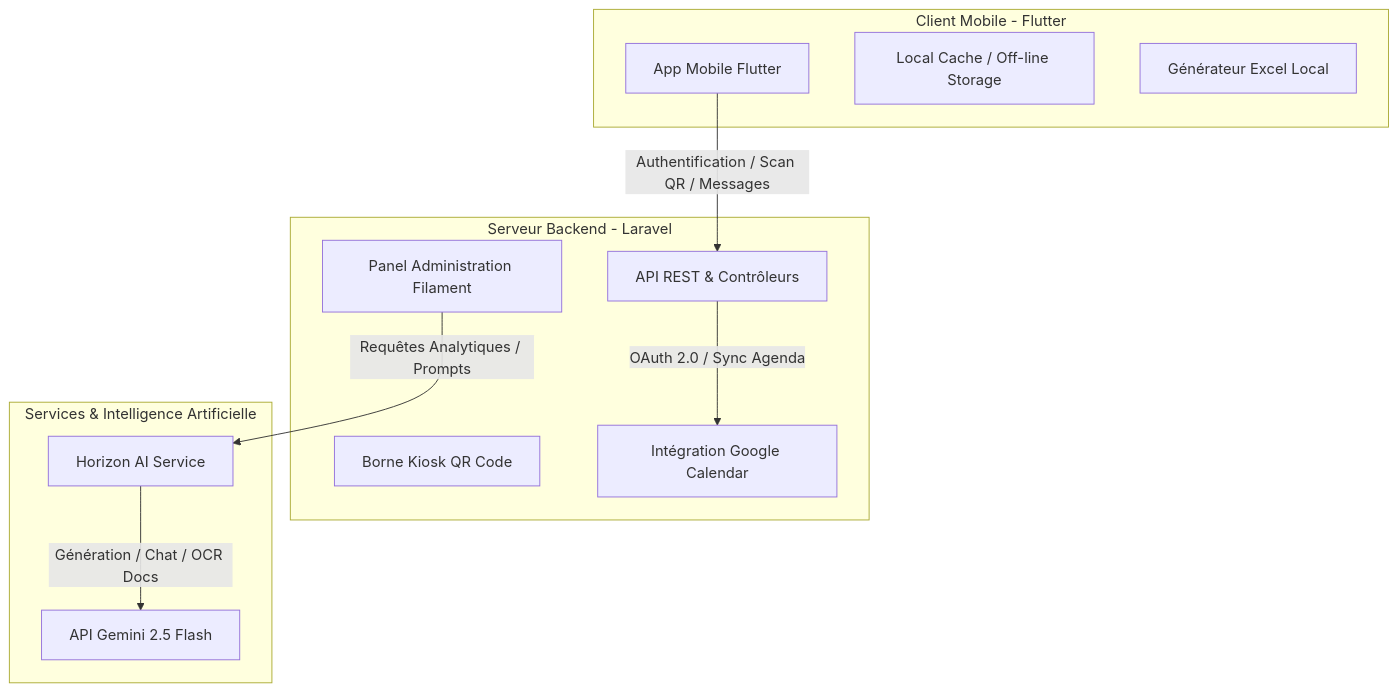
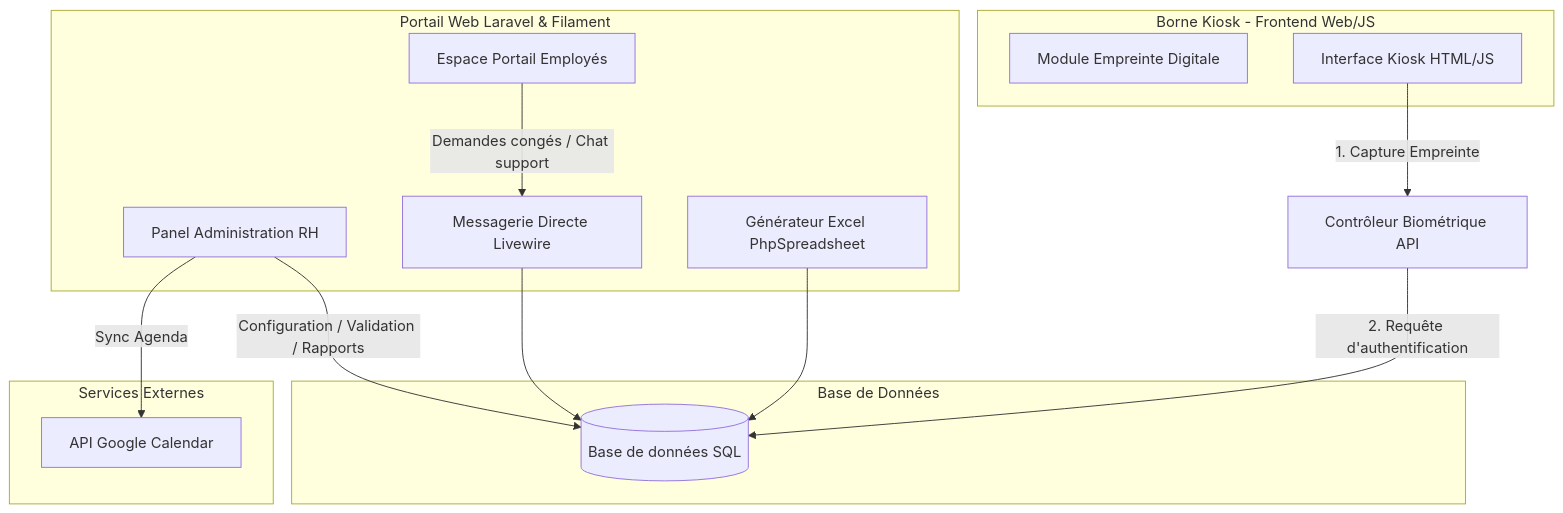
Before and after one commit to Evrad15/C.H.R.A.C.E.R.H: the diagram in cahier_des_charges.md, drawn with Mermaid. The commit also changed other lines of this file and 19 other files, not shown here.

Commit message:
docs: update project README and documentation with comprehensive architectural diagrams and feature specifications

````diff
--- a/cahier_des_charges.md
+++ b/cahier_des_charges.md
@@ -29,25 +31,30 @@
 ```mermaid
 graph TD
-    subgraph Client Mobile [Client Mobile - Flutter]
-        MobileApp[App Mobile Flutter]
-        SQLite[Local Cache / Off-line Storage]
-        ExcelGen[Générateur Excel Local]
+    subgraph Borne Interactive [Borne Kiosk - Frontend Web/JS]
+        CapteurBiometrique[Module Empreinte Digitale]
+        KioskView[Interface Kiosk HTML/JS]
     end
 
-    subgraph Serveur Backend [Serveur Backend - Laravel]
-        LaravelAPI[API REST & Contrôleurs]
-        FilamentAdmin[Panel Administration Filament]
-        KioskView[Borne Kiosk QR Code]
-        GoogleCalendar[Intégration Google Calendar]
+    subgraph Portail Central [Portail Web Laravel & Filament]
+        FilamentAdmin[Panel Administration RH]
+        FilamentEmploye[Espace Portail Employés]
+        LivewireChat[Messagerie Directe Livewire]
+        ReportService[Générateur Excel PhpSpreadsheet]
     end
 
-    subgraph Moteur IA [Services & Intelligence Artificielle]
-        HorizonAI[Horizon AI Service]
-        GeminiAPI[API Gemini 2.5 Flash]
+    subgraph Base de Données
+        SQLDB[("Base de données SQL")]
     end
 
-    MobileApp -->|Authentification / Scan QR / Messages| LaravelAPI
-    FilamentAdmin -->|Requêtes Analytiques / Prompts| HorizonAI
-    HorizonAI -->|Génération / Chat / OCR Docs| GeminiAPI
-    LaravelAPI -->|OAuth 2.0 / Sync Agenda| GoogleCalendar
+    subgraph Services Externes
+        GCalendarAPI["API Google Calendar"]
+    end
+
+    KioskView -->|1. Capture Empreinte| FaceAPIController[Contrôleur Biométrique API]
+    FaceAPIController -->|2. Requête d'authentification| SQLDB
+    FilamentAdmin -->|Configuration / Validation / Rapports| SQLDB
+    FilamentEmploye -->|Demandes congés / Chat support| LivewireChat
+    LivewireChat --> SQLDB
+    ReportService --> SQLDB
+    FilamentAdmin -->|Sync Agenda| GCalendarAPI
 ```
````
